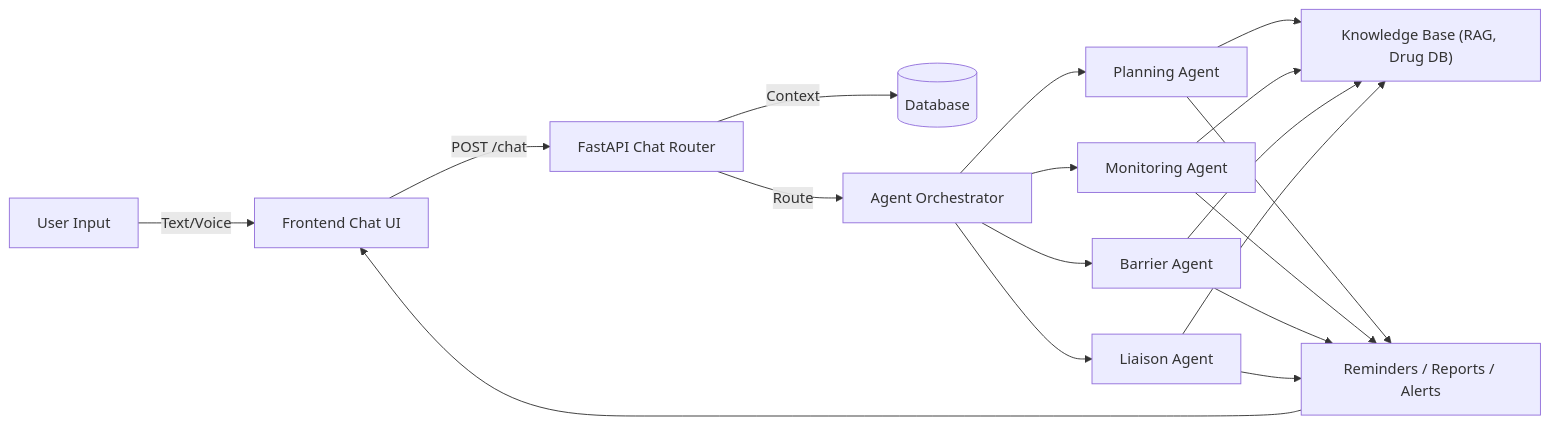
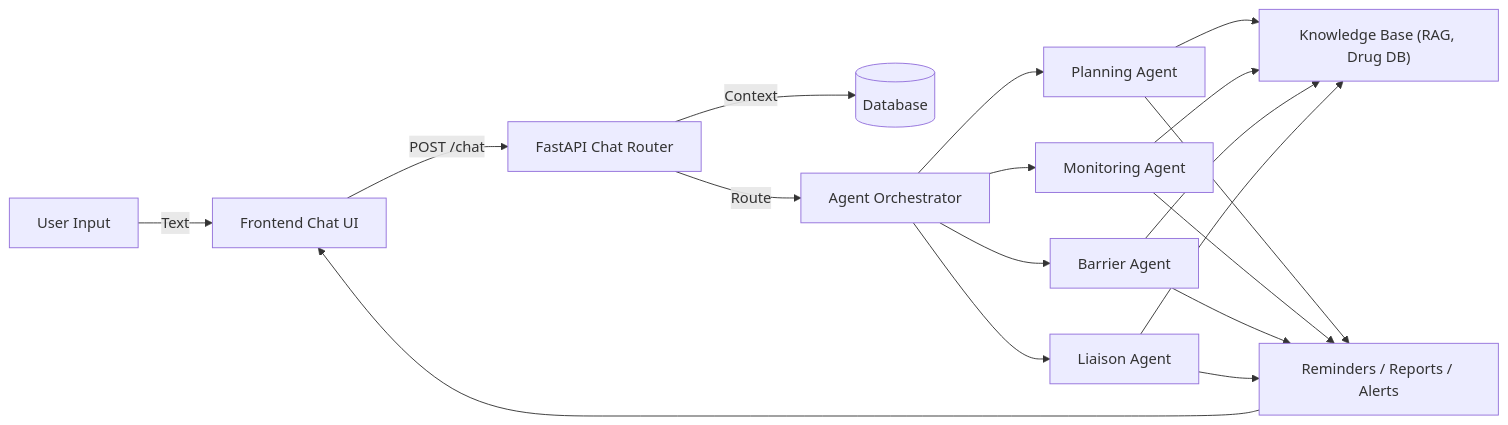
Before and after one commit to Nitesh-4115/Innov-AI-tion: the first of 2 diagrams in README.md, drawn with Mermaid.

Commit message:
Update architecture diagram

````diff
--- a/README.md
+++ b/README.md
@@ -62,21 +62,21 @@
 ```mermaid
 flowchart LR
-  U[User Input] -->|Text/Voice| UI[Frontend Chat UI]
+  U[User Input] -->|Text| UI[Frontend Chat UI]
   UI -->|POST /chat| API[FastAPI Chat Router]
   API -->|Context| DB[(Database)]
   API -->|Route| Router[Agent Orchestrator]
   Router --> PA[Planning Agent]
   Router --> MA[Monitoring Agent]
   Router --> BA[Barrier Agent]
   Router --> LA[Liaison Agent]
   PA --> KB["Knowledge Base (RAG, Drug DB)"]
   
   MA --> KB
   BA --> KB
   LA --> KB
   PA --> ActionLayer[Reminders / Reports / Alerts]
   MA --> ActionLayer
   BA --> ActionLayer
   LA --> ActionLayer
   ActionLayer --> UI
 ```
````
